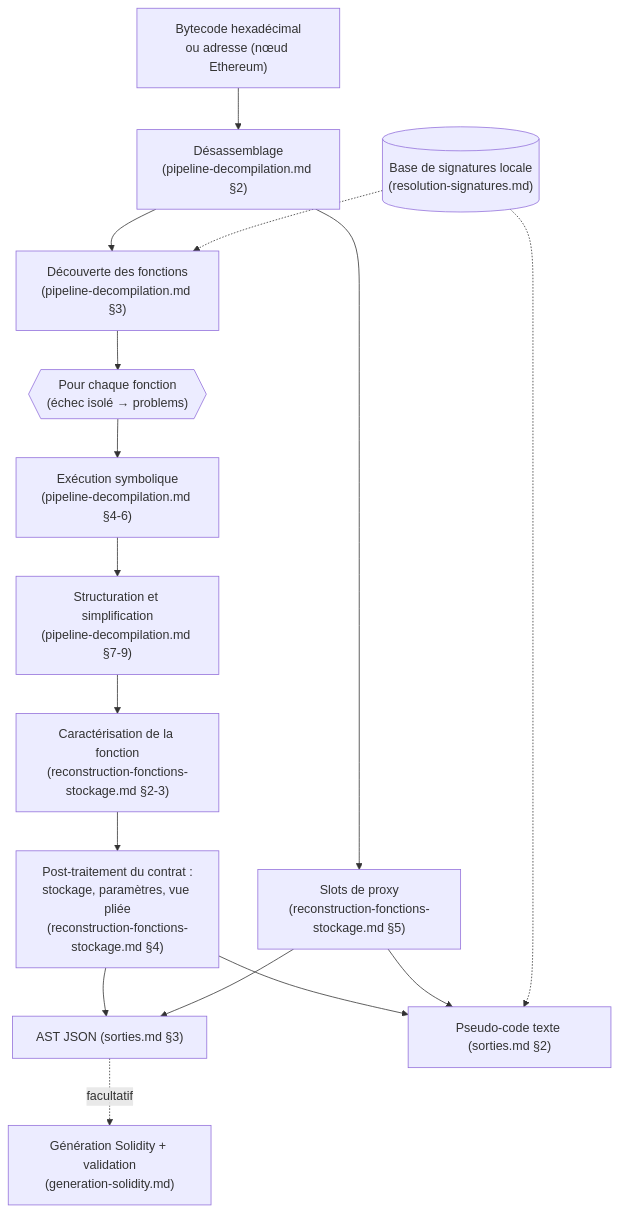
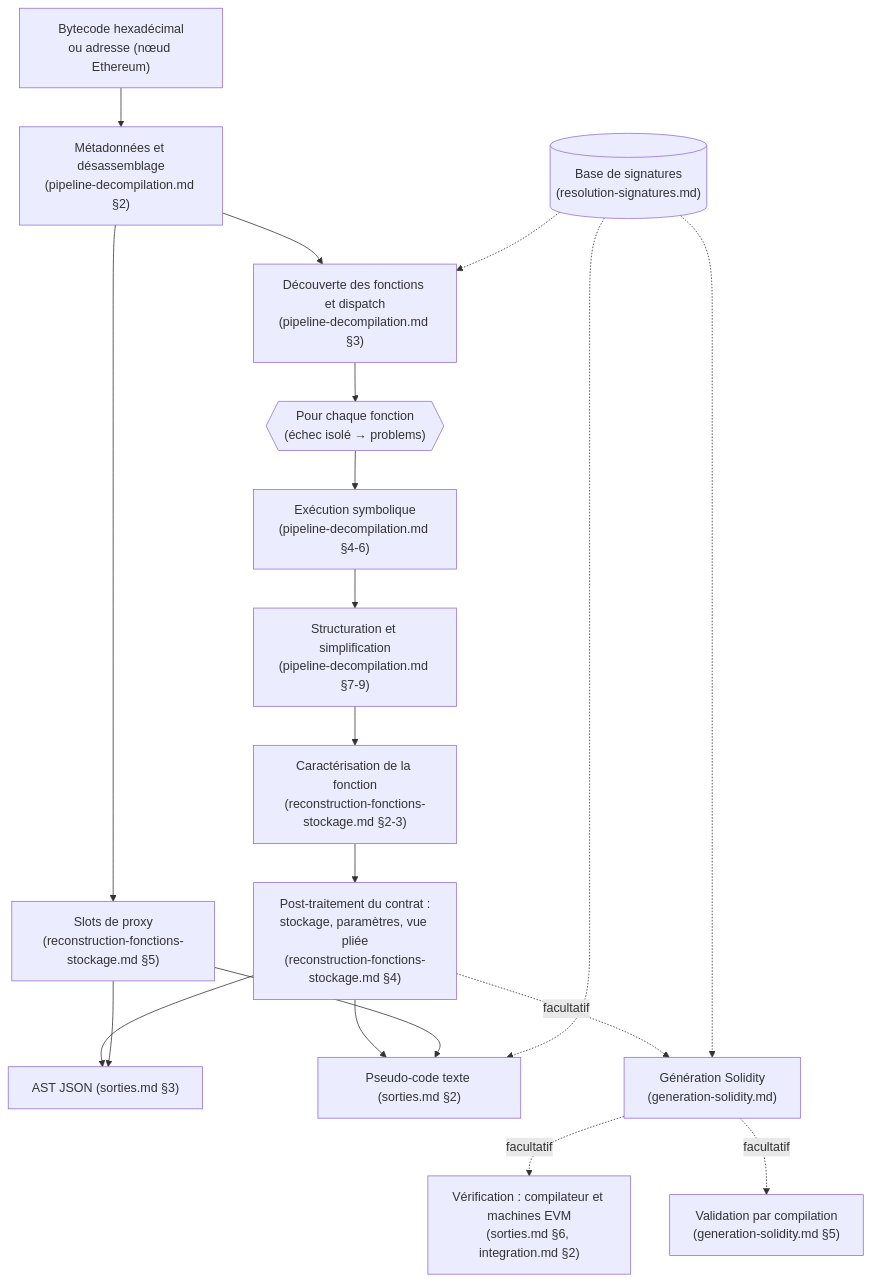
Before and after one commit to Dowsers/Scobelix: the diagram in docs/specification-fonctionnelle/architecture.md, drawn with Mermaid. The commit also changed other lines of this file and 20 other files, not shown here.

````diff
--- a/docs/specification-fonctionnelle/architecture.md
+++ b/docs/specification-fonctionnelle/architecture.md
@@ -43,18 +41,21 @@
 ```mermaid
 flowchart TD
-    IN["Bytecode hexadécimal<br/>ou adresse (nœud Ethereum)"] --> DIS["Désassemblage<br/>(pipeline-decompilation.md §2)"]
-    DIS --> DISC["Découverte des fonctions<br/>(pipeline-decompilation.md §3)"]
+    IN["Bytecode hexadécimal<br/>ou adresse (nœud Ethereum)"] --> DIS["Métadonnées et désassemblage<br/>(pipeline-decompilation.md §2)"]
+    DIS --> DISC["Découverte des fonctions et dispatch<br/>(pipeline-decompilation.md §3)"]
     DISC --> LOOP{{"Pour chaque fonction<br/>(échec isolé → problems)"}}
     LOOP --> VM["Exécution symbolique<br/>(pipeline-decompilation.md §4-6)"]
     VM --> WH["Structuration et simplification<br/>(pipeline-decompilation.md §7-9)"]
     WH --> FN["Caractérisation de la fonction<br/>(reconstruction-fonctions-stockage.md §2-3)"]
     FN --> POST["Post-traitement du contrat :<br/>stockage, paramètres, vue pliée<br/>(reconstruction-fonctions-stockage.md §4)"]
     DIS --> PROXY["Slots de proxy<br/>(reconstruction-fonctions-stockage.md §5)"]
     POST --> JSON["AST JSON (sorties.md §3)"]
     PROXY --> JSON
     POST --> TXT["Pseudo-code texte (sorties.md §2)"]
     PROXY --> TXT
-    JSON -. facultatif .-> SOL["Génération Solidity + validation<br/>(generation-solidity.md)"]
-    SIGS[("Base de signatures locale<br/>(resolution-signatures.md)")] -.-> DISC
+    POST -. facultatif .-> SOL["Génération Solidity<br/>(generation-solidity.md)"]
+    SOL -. facultatif .-> VER["Vérification : compilateur et machines EVM<br/>(sorties.md §6, integration.md §2)"]
+    SOL -. facultatif .-> VAL["Validation par compilation<br/>(generation-solidity.md §5)"]
+    SIGS[("Base de signatures<br/>(resolution-signatures.md)")] -.-> DISC
     SIGS -.-> TXT
+    SIGS -.-> SOL
 ```
````
